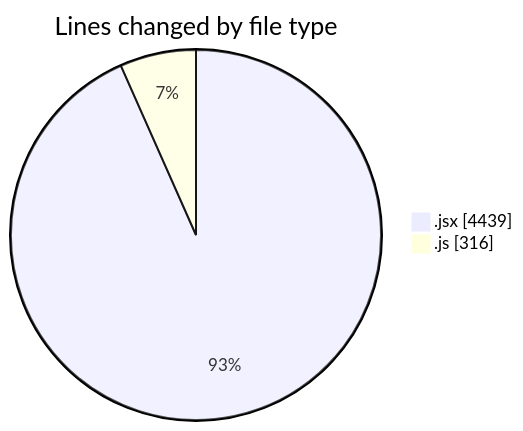
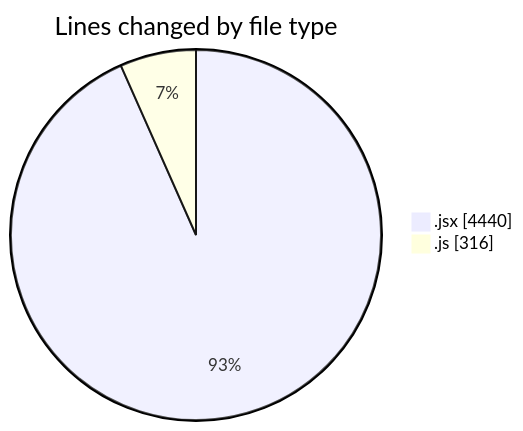
The first of 2 diagrams in 2025-07-13/argos/README.md (nxtqubesakshisongat/code-tracking), drawn with Mermaid before and after one commit. The commit also changed other lines of this file and 1 other file, not shown here.

````diff
--- a/2025-07-13/argos/README.md
+++ b/2025-07-13/argos/README.md
@@ -23,6 +23,6 @@
 ```mermaid
 pie showData
 title Lines changed by file type
-".jsx" : 4439
+".jsx" : 4440
 ".js" : 316
 ```
````
